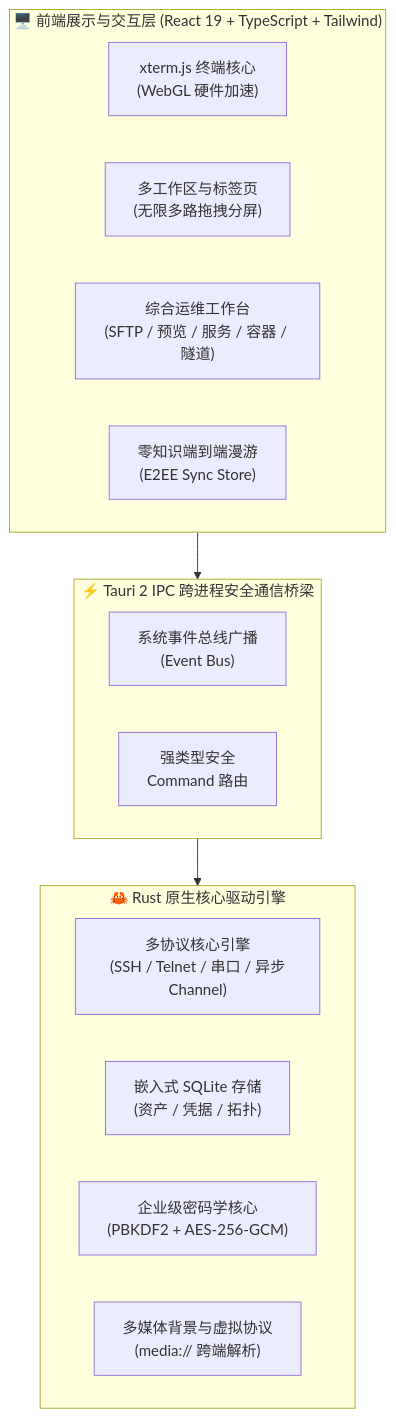
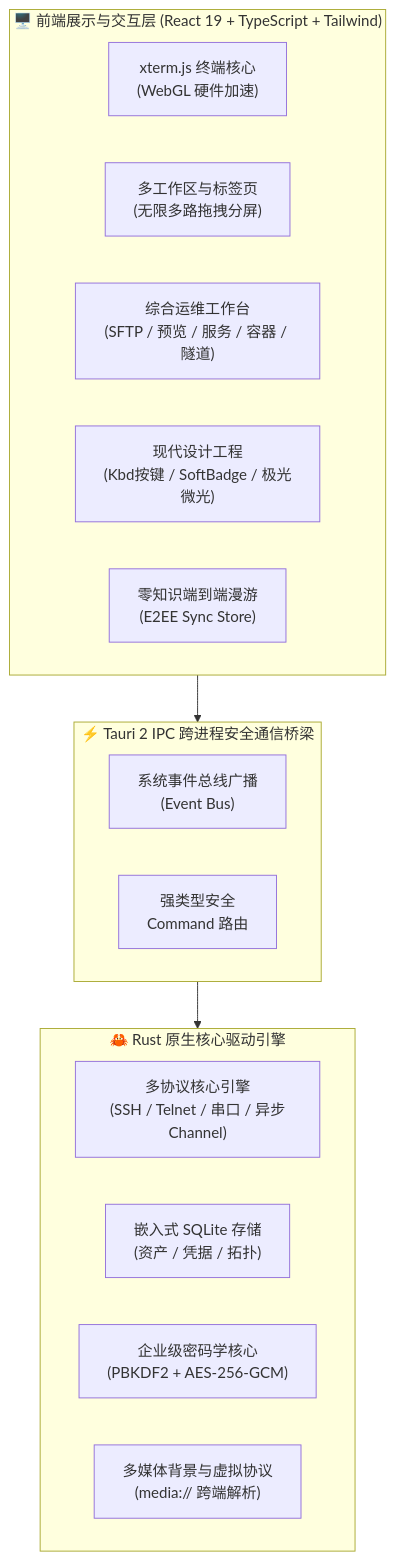
Before and after one commit to Tomshushu/Qshell: the diagram in README.md, drawn with Mermaid. The commit also changed other lines of this file and 1 other file, not shown here.

Commit message:
docs(readme): enrich v1.0.17 features, design engineering & audit kbd sizes

````diff
--- a/README.md
+++ b/README.md
@@ -134,24 +147,25 @@
 ```mermaid
 graph TB
     subgraph UI ["🖥️ 前端展示与交互层 (React 19 + TypeScript + Tailwind)"]
         UI_Terminal["xterm.js 终端核心<br/>(WebGL 硬件加速)"]
         UI_Workbench["多工作区与标签页<br/>(无限多路拖拽分屏)"]
         UI_Modules["综合运维工作台<br/>(SFTP / 预览 / 服务 / 容器 / 隧道)"]
+        UI_Design["现代设计工程<br/>(Kbd按键 / SoftBadge / 极光微光)"]
         UI_Sync["零知识端到端漫游<br/>(E2EE Sync Store)"]
     end
 
     subgraph IPC ["⚡ Tauri 2 IPC 跨进程安全通信桥梁"]
         IPC_Events["系统事件总线广播<br/>(Event Bus)"]
         IPC_Commands["强类型安全<br/>Command 路由"]
     end
 
     subgraph NativeCore ["🦀 Rust 原生核心驱动引擎"]
         Core_SSH["多协议核心引擎<br/>(SSH / Telnet / 串口 / 异步Channel)"]
         Core_DB["嵌入式 SQLite 存储<br/>(资产 / 凭据 / 拓扑)"]
         Core_Crypto["企业级密码学核心<br/>(PBKDF2 + AES-256-GCM)"]
         Core_Media["多媒体背景与虚拟协议<br/>(media:// 跨端解析)"]
     end
 
     UI --> IPC
     IPC --> NativeCore
 ```
````
